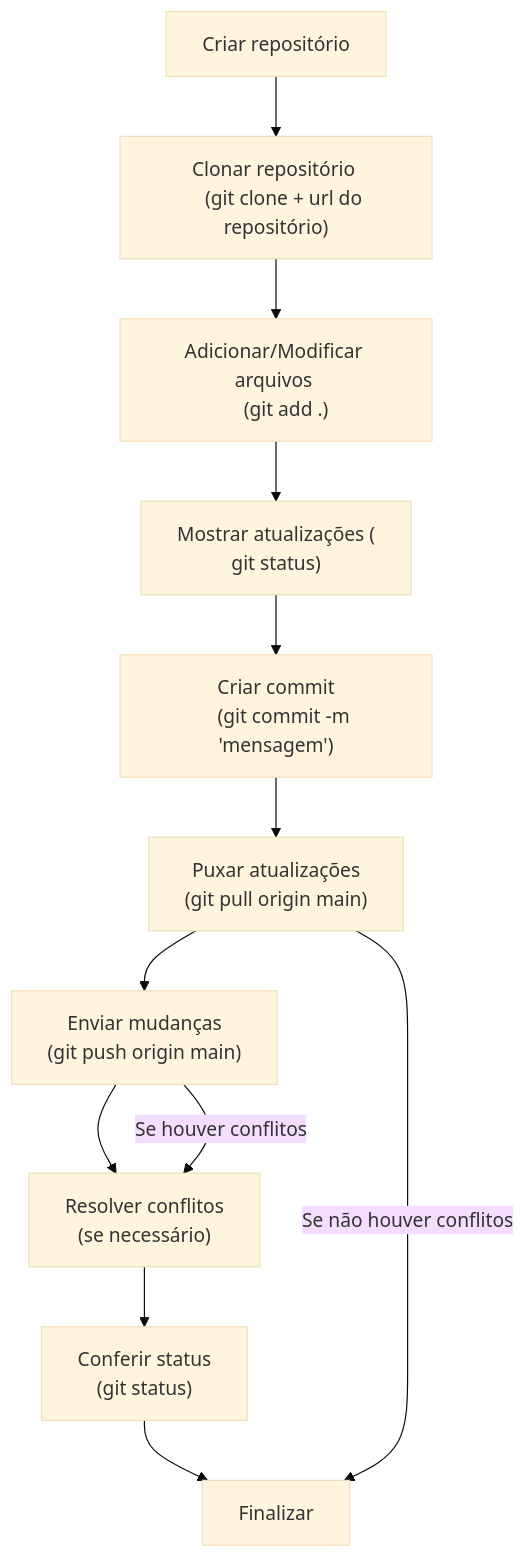
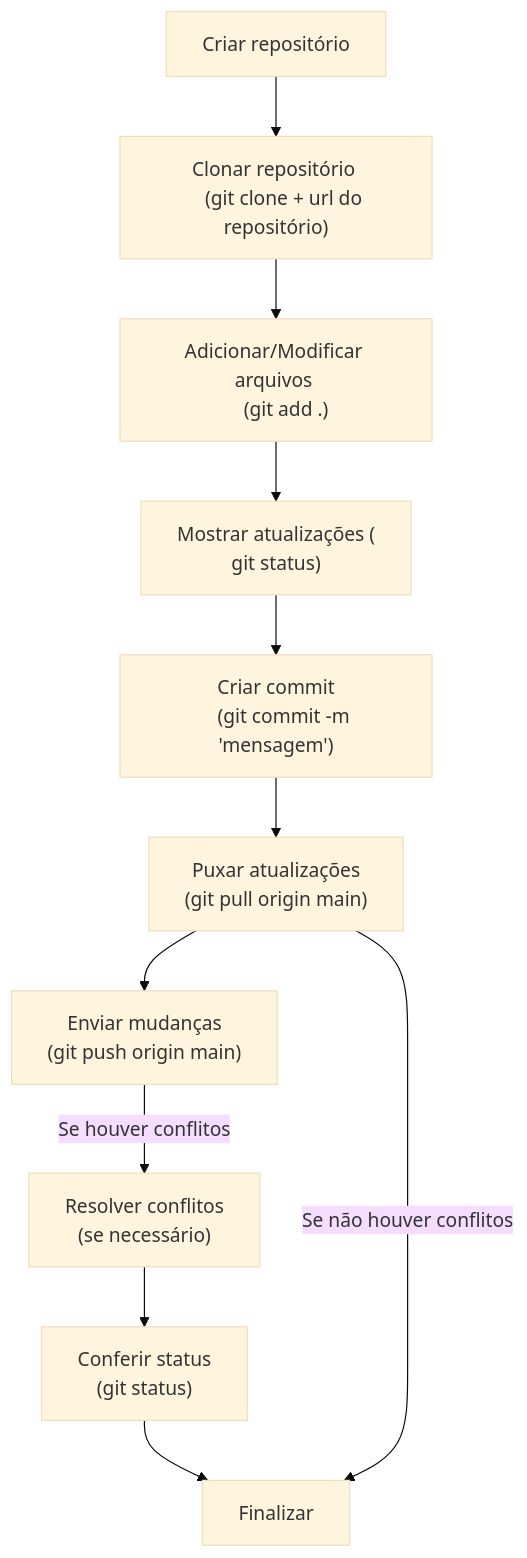
One commit to CTISM-Prof-Henry/gitEssentials changed the third of 3 diagrams in graphs/README.md. Above: the diagram before and after it, drawn with Mermaid (base theme).

Commit message:
ACABOUUUUUUUUU WE'LL  ALL BE FREE

````diff
--- a/graphs/README.md
+++ b/graphs/README.md
@@ -149,35 +149,34 @@
 ```mermaid
 flowchart TD
     A["Criar repositório"]
     B["Clonar repositório 
     (git clone + url do repositório)"]
     C["Adicionar/Modificar arquivos 
     (git add .)"]
     D["Mostrar atualizações (
         git status)"]
     E["Criar commit
     (git commit -m 'mensagem')"]
     F["Puxar atualizações 
     (git pull origin main)"]
     G["Enviar mudanças 
     (git push origin main)"]
     H["Resolver conflitos 
     (se necessário)"]
     I["Conferir status 
     (git status)"]
     J["Finalizar"]
 
     A --> B
     B --> C
     C --> D
     D --> E
     E --> F
     F --> G
-    G --> H
     H --> I
     I --> J
 
     F -->|Se não houver conflitos| J
     G -->|Se houver conflitos| H
 
 ```
````
